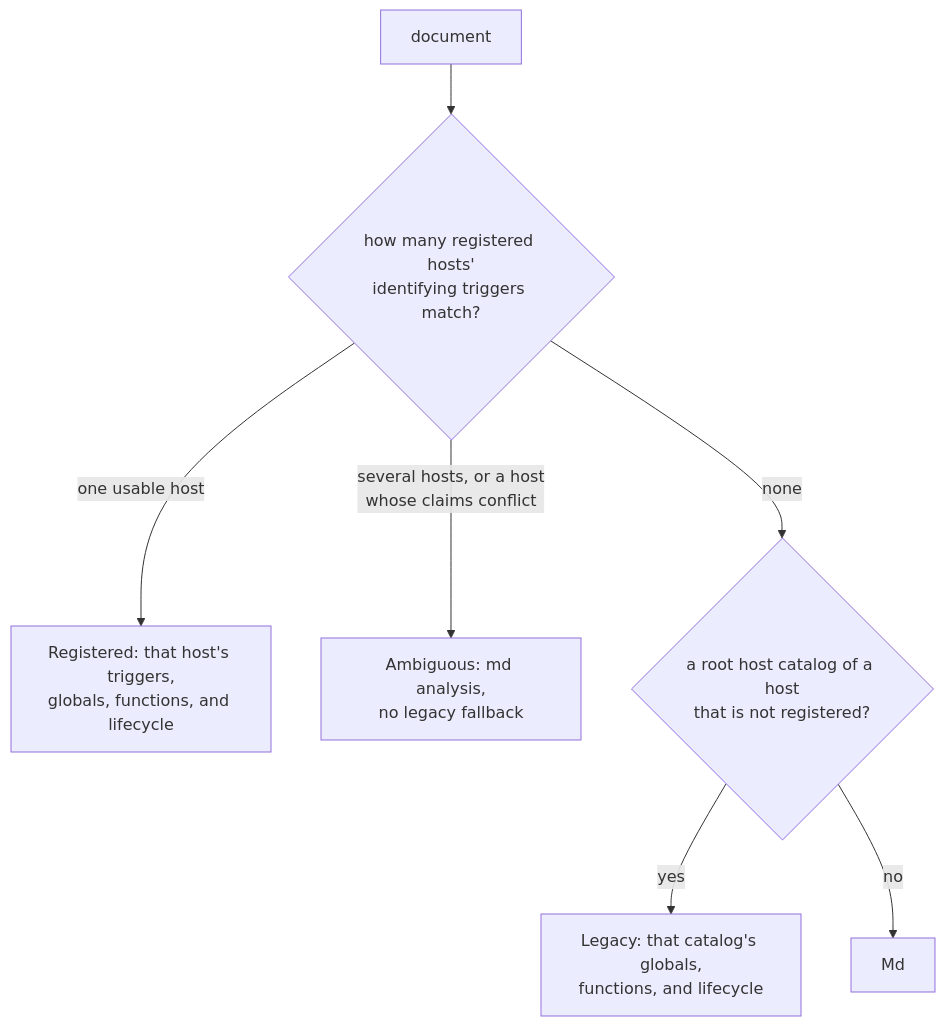
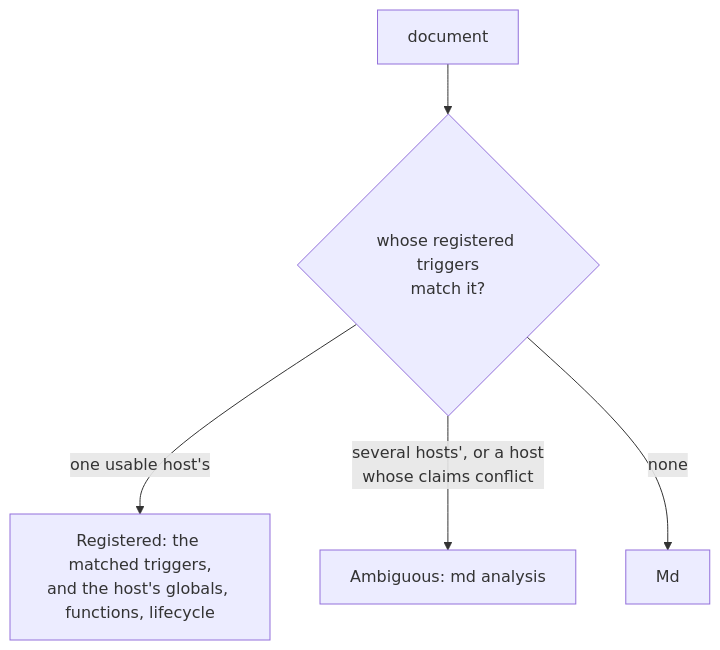
Before and after one commit to yankeeinlondon/rusty-biscuit: the third of 6 diagrams in darkmatter/docs/topics/host-registration.md, drawn with Mermaid. The commit also changed other lines of this file and 67 other files, not shown here.

````diff
--- a/darkmatter/docs/topics/host-registration.md
+++ b/darkmatter/docs/topics/host-registration.md
@@ -389,9 +431,7 @@
 ```mermaid
 flowchart TD
-    D[document] --> I{how many registered hosts'<br/>identifying triggers match?}
-    I -- one usable host --> R[Registered: that host's triggers,<br/>globals, functions, and lifecycle]
-    I -- several hosts, or a host<br/>whose claims conflict --> A[Ambiguous: md analysis,<br/>no legacy fallback]
-    I -- none --> L{a root host catalog of a host<br/>that is not registered?}
-    L -- yes --> G[Legacy: that catalog's globals,<br/>functions, and lifecycle]
-    L -- no --> M[Md]
+    D[document] --> I{whose registered triggers<br/>match it?}
+    I -- one usable host's --> R[Registered: the matched triggers,<br/>and the host's globals, functions, lifecycle]
+    I -- several hosts', or a host<br/>whose claims conflict --> A[Ambiguous: md analysis]
+    I -- none --> M[Md]
 ```
````
